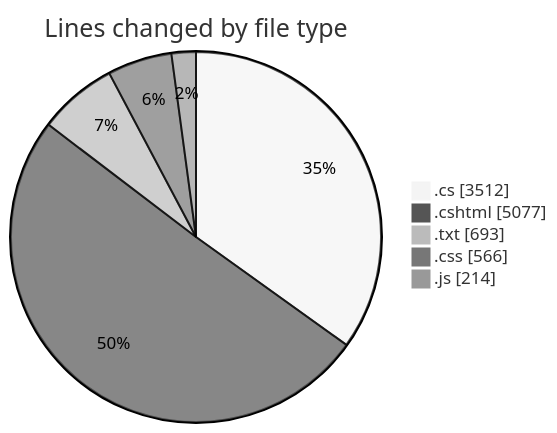
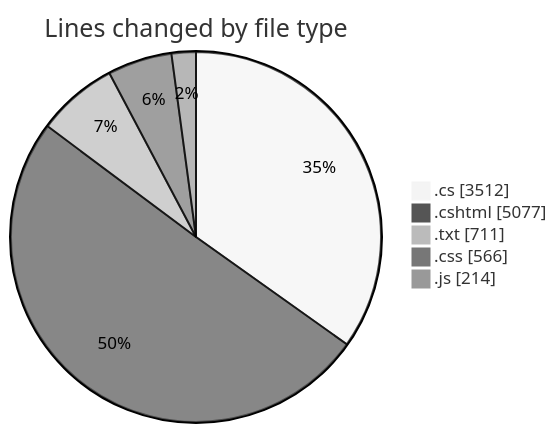
The first of 2 diagrams in 2025-07-28/quanlyrapchieuphim-1/README.md (lephambinh05/code-tracking), drawn with Mermaid (neutral theme) before and after one commit. The commit also changed other lines of this file and 1 other file, not shown here.

````diff
--- a/2025-07-28/quanlyrapchieuphim-1/README.md
+++ b/2025-07-28/quanlyrapchieuphim-1/README.md
@@ -41,9 +41,9 @@
 ```mermaid
 pie showData
 title Lines changed by file type
 ".cs" : 3512
 ".cshtml" : 5077
-".txt" : 693
+".txt" : 711
 ".css" : 566
 ".js" : 214
 ```
````
